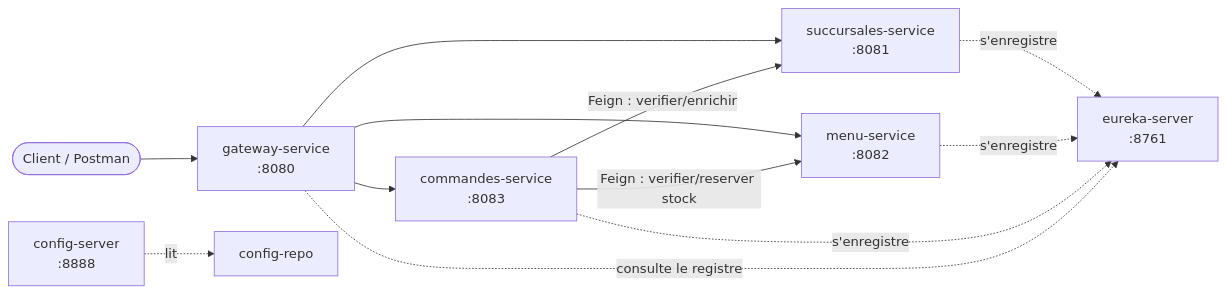
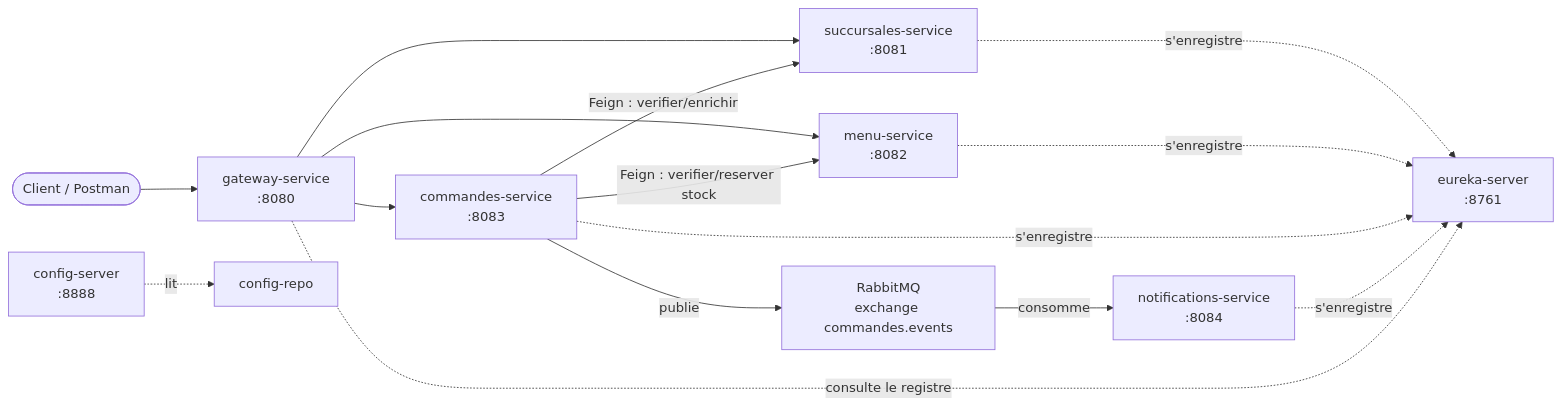
The third of 4 diagrams in README.md (Wvssim/restaurant-chain-platform), drawn with Mermaid before and after one commit. The commit also changed other lines of this file and 23 other files, not shown here.

````diff
--- a/README.md
+++ b/README.md
@@ -136,14 +138,17 @@
 ```mermaid
 flowchart LR
     Client(["Client / Postman"]) --> GW["gateway-service<br/>:8080"]
     GW --> A["succursales-service<br/>:8081"]
     GW --> B["menu-service<br/>:8082"]
     GW --> C["commandes-service<br/>:8083"]
     C -- "Feign : verifier/enrichir" --> A
     C -- "Feign : verifier/reserver stock" --> B
+    C -- publie --> MQ["RabbitMQ<br/>exchange commandes.events"]
+    MQ -- consomme --> N["notifications-service<br/>:8084"]
     A -. s'enregistre .-> EU["eureka-server<br/>:8761"]
     B -. s'enregistre .-> EU
     C -. s'enregistre .-> EU
+    N -. s'enregistre .-> EU
     GW -. consulte le registre .-> EU
     CS["config-server<br/>:8888"] -. lit .-> CR["config-repo"]
 ```
````
